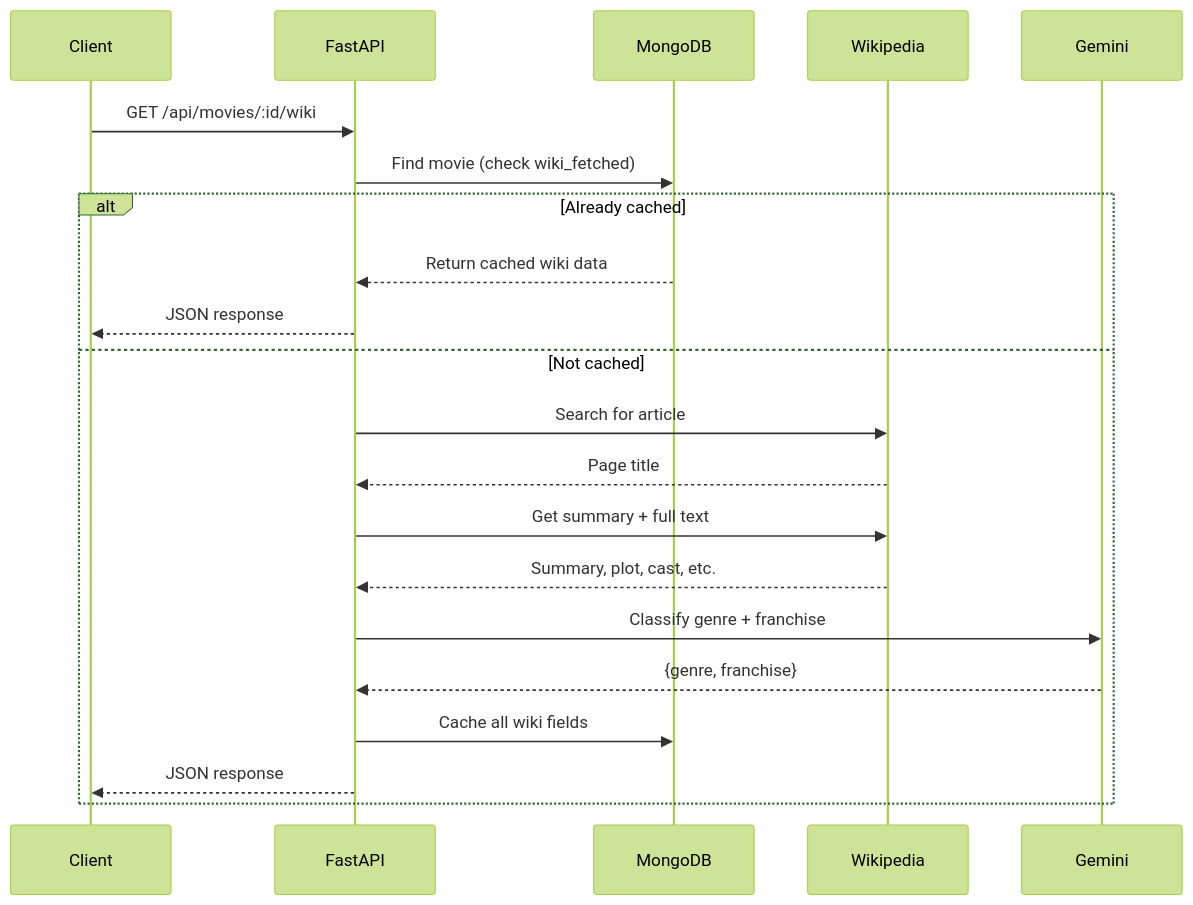
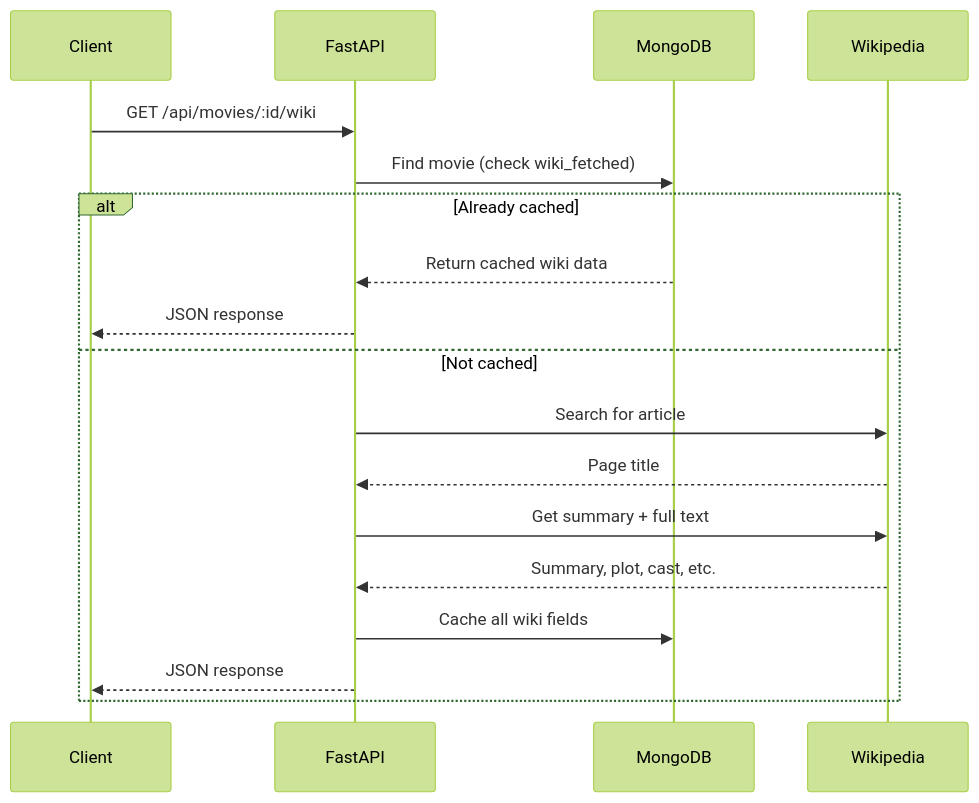
The third of 10 diagrams in Readme.md (Storm1289/movie-recommendation-system-ojt), drawn with Mermaid (forest theme) before and after one commit. The commit also changed other lines of this file and 8 other files, not shown here.

````diff
--- a/Readme.md
+++ b/Readme.md
@@ -365,25 +363,21 @@
 ```mermaid
 sequenceDiagram
     participant Client
     participant FastAPI
     participant MongoDB
     participant Wikipedia
-    participant Gemini
-
     Client->>FastAPI: GET /api/movies/:id/wiki
     FastAPI->>MongoDB: Find movie (check wiki_fetched)
 
     alt Already cached
         MongoDB-->>FastAPI: Return cached wiki data
         FastAPI-->>Client: JSON response
     else Not cached
         FastAPI->>Wikipedia: Search for article
         Wikipedia-->>FastAPI: Page title
         FastAPI->>Wikipedia: Get summary + full text
         Wikipedia-->>FastAPI: Summary, plot, cast, etc.
-        FastAPI->>Gemini: Classify genre + franchise
-        Gemini-->>FastAPI: {genre, franchise}
         FastAPI->>MongoDB: Cache all wiki fields
         FastAPI-->>Client: JSON response
     end
 ```
````
